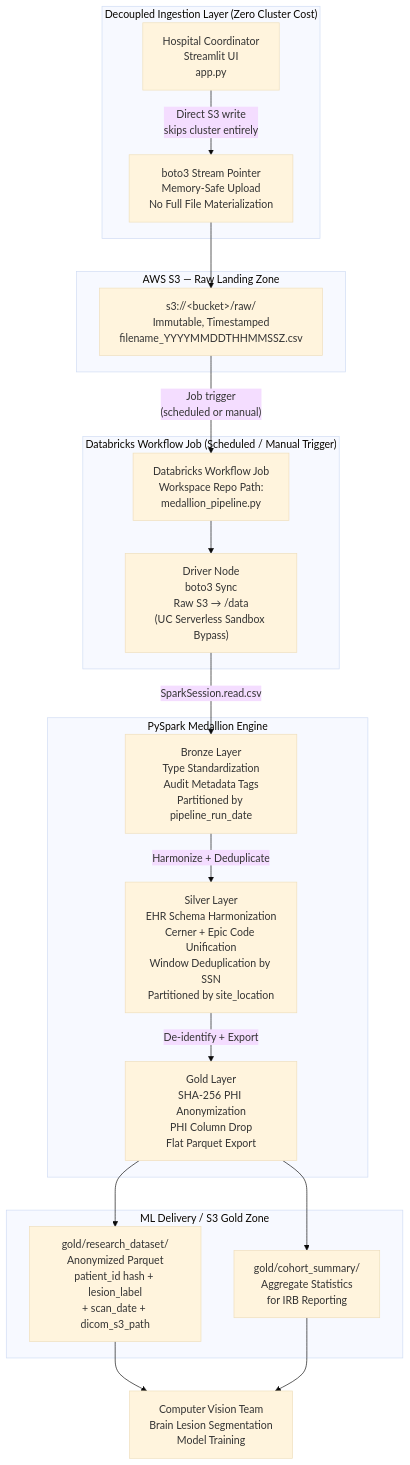
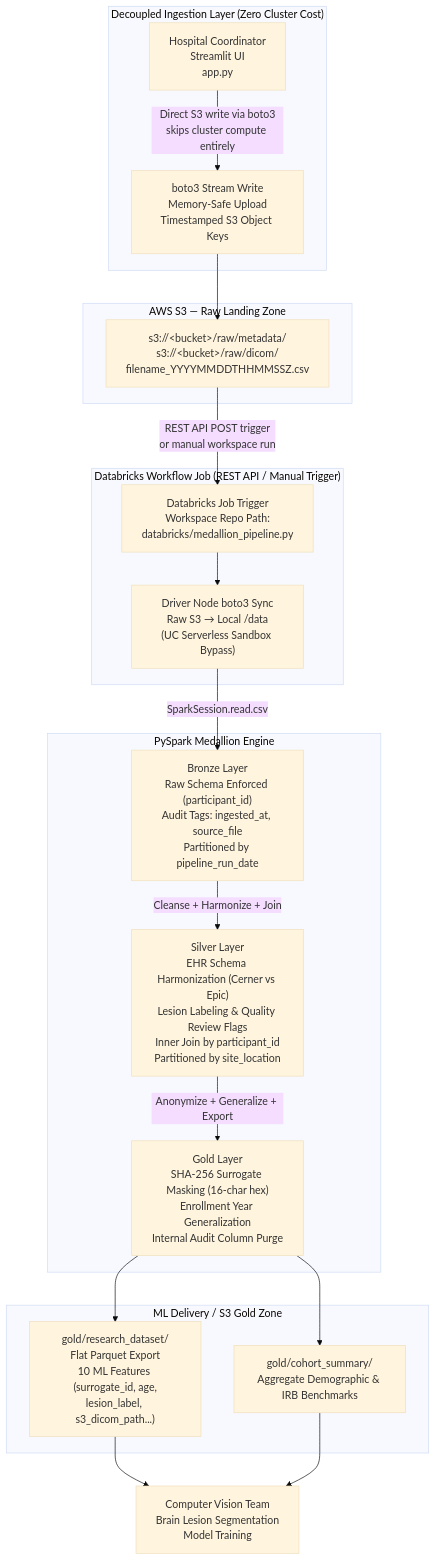
Before and after one commit to devyn-miller/clinical-data-ingestion-pipeline: the first of 2 diagrams in README.md, drawn with Mermaid (base theme). The commit also changed other lines of this file, not shown here.

First line of the commit message:
Revise README for data ingestion pipeline updates

````diff
--- a/README.md
+++ b/README.md
@@ -32,41 +31,41 @@
 ```mermaid
 flowchart TD
     subgraph INGESTION ["Decoupled Ingestion Layer (Zero Cluster Cost)"]
         A["Hospital Coordinator\nStreamlit UI\napp.py"]
-        B["boto3 Stream Pointer\nMemory-Safe Upload\nNo Full File Materialization"]
+        B["boto3 Stream Write\nMemory-Safe Upload\nTimestamped S3 Object Keys"]
     end
 
     subgraph STORAGE_RAW ["AWS S3 — Raw Landing Zone"]
-        C["s3://&lt;bucket&gt;/raw/\nImmutable, Timestamped\nfilename_YYYYMMDDTHHMMSSZ.csv"]
+        C["s3://&lt;bucket&gt;/raw/metadata/\ns3://&lt;bucket&gt;/raw/dicom/\nfilename_YYYYMMDDTHHMMSSZ.csv"]
     end
 
-    subgraph ORCHESTRATION ["Databricks Workflow Job (Scheduled / Manual Trigger)"]
-        D["Databricks Workflow Job\nWorkspace Repo Path:\nmedallion_pipeline.py"]
-        E["Driver Node\nboto3 Sync\nRaw S3 → /data\n(UC Serverless Sandbox Bypass)"]
+    subgraph ORCHESTRATION ["Databricks Workflow Job (REST API / Manual Trigger)"]
+        D["Databricks Job Trigger\nWorkspace Repo Path:\ndatabricks/medallion_pipeline.py"]
+        E["Driver Node boto3 Sync\nRaw S3 → Local /data\n(UC Serverless Sandbox Bypass)"]
     end
 
     subgraph COMPUTE ["PySpark Medallion Engine"]
-        F["Bronze Layer\nType Standardization\nAudit Metadata Tags\nPartitioned by pipeline_run_date"]
-        G["Silver Layer\nEHR Schema Harmonization\nCerner + Epic Code Unification\nWindow Deduplication by SSN\nPartitioned by site_location"]
-        H["Gold Layer\nSHA-256 PHI Anonymization\nPHI Column Drop\nFlat Parquet Export"]
+        F["Bronze Layer\nRaw Schema Enforced (participant_id)\nAudit Tags: ingested_at, source_file\nPartitioned by pipeline_run_date"]
+        G["Silver Layer\nEHR Schema Harmonization (Cerner vs Epic)\nLesion Labeling & Quality Review Flags\nInner Join by participant_id\nPartitioned by site_location"]
+        H["Gold Layer\nSHA-256 Surrogate Masking (16-char hex)\nEnrollment Year Generalization\nInternal Audit Column Purge"]
     end
 
     subgraph DELIVERY ["ML Delivery / S3 Gold Zone"]
-        I["gold/research_dataset/\nAnonymized Parquet\npatient_id hash + lesion_label\n+ scan_date + dicom_s3_path"]
-        J["gold/cohort_summary/\nAggregate Statistics\nfor IRB Reporting"]
+        I["gold/research_dataset/\nFlat Parquet Export\n10 ML Features (surrogate_id, age,\nlesion_label, s3_dicom_path...)"]
+        J["gold/cohort_summary/\nAggregate Demographic & IRB Benchmarks"]
     end
 
     K["Computer Vision Team\nBrain Lesion Segmentation\nModel Training"]
 
-    A -->|"Direct S3 write\nskips cluster entirely"| B
+    A -->|"Direct S3 write via boto3\nskips cluster compute entirely"| B
     B --> C
-    C -->|"Job trigger\n(scheduled or manual)"| D
+    C -->|"REST API POST trigger\nor manual workspace run"| D
     D --> E
     E -->|"SparkSession.read.csv"| F
-    F -->|"Harmonize + Deduplicate"| G
-    G -->|"De-identify + Export"| H
+    F -->|"Cleanse + Harmonize + Join"| G
+    G -->|"Anonymize + Generalize + Export"| H
     H --> I
     H --> J
     I --> K
     J --> K
 ```
````
